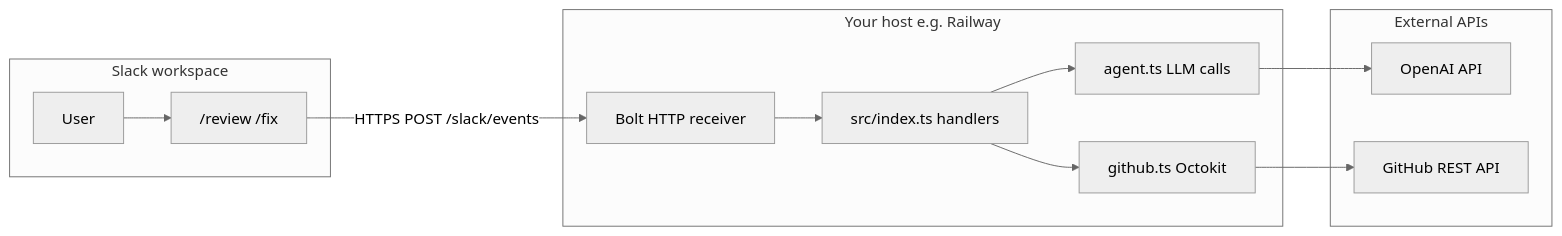
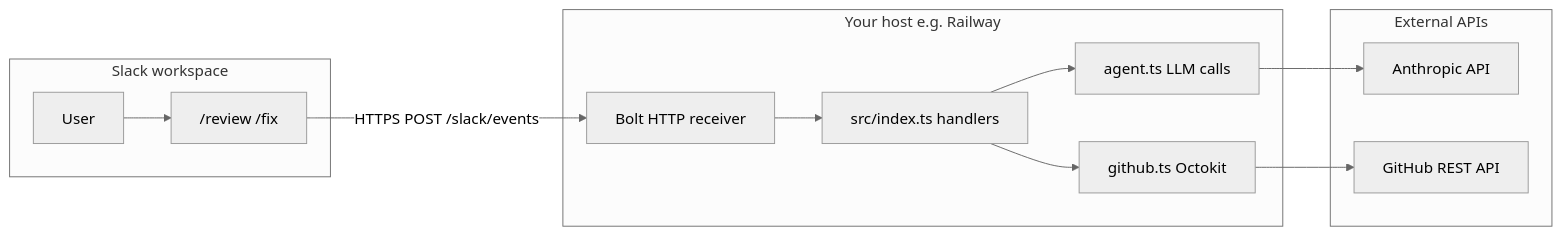
One commit to nicolasmartello-coder/mclovin changed the diagram in README.md. Above: the diagram before and after it, drawn with Mermaid (neutral theme). The commit also changed other lines of this file and 6 other files, not shown here.

First line of the commit message:
feat: switch LLM from OpenAI to Anthropic Claude; update docs

````diff
--- a/README.md
+++ b/README.md
@@ -17,27 +17,27 @@
 ```mermaid
 flowchart LR
   subgraph slack [Slack workspace]
     U[User]
     CMD["/review /fix"]
   end
 
   subgraph host [Your host e.g. Railway]
     B[Bolt HTTP receiver]
     S[src/index.ts handlers]
     A[agent.ts LLM calls]
     G[github.ts Octokit]
   end
 
   subgraph external [External APIs]
-    OAI[OpenAI API]
+    CL[Anthropic API]
     GH[GitHub REST API]
   end
 
   U --> CMD
   CMD -->|HTTPS POST /slack/events| B
   B --> S
   S --> A
   S --> G
-  A --> OAI
+  A --> CL
   G --> GH
 ```
````
